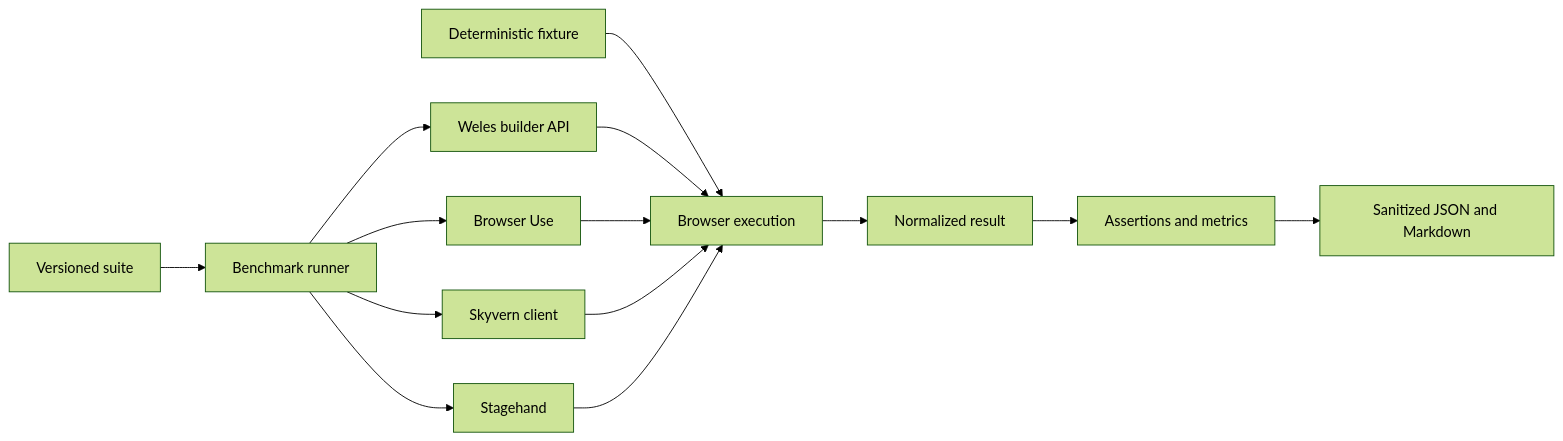
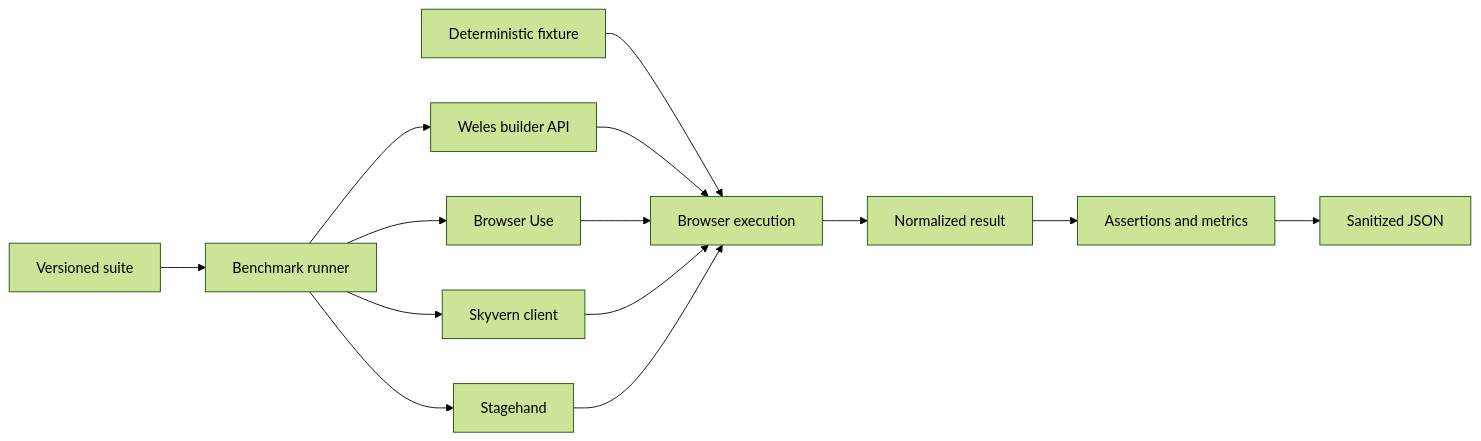
One commit to wisent-ai/weles-benchmark changed the diagram in README.md. Above: the diagram before and after it, drawn with Mermaid (forest theme). The commit also changed other lines of this file and 5 other files, not shown here.

````diff
--- a/README.md
+++ b/README.md
@@ -39,16 +39,16 @@
 ```mermaid
 flowchart LR
   suite[Versioned suite] --> runner[Benchmark runner]
   fixture[Deterministic fixture] --> agents
   runner --> weles[Weles builder API]
   runner --> bu[Browser Use]
   runner --> skyvern[Skyvern client]
   runner --> stagehand[Stagehand]
   weles --> agents[Browser execution]
   bu --> agents
   skyvern --> agents
   stagehand --> agents
   agents --> normalized[Normalized result]
   normalized --> assertions[Assertions and metrics]
-  assertions --> artifacts[Sanitized JSON and Markdown]
+  assertions --> artifacts[Sanitized JSON]
 ```
````
